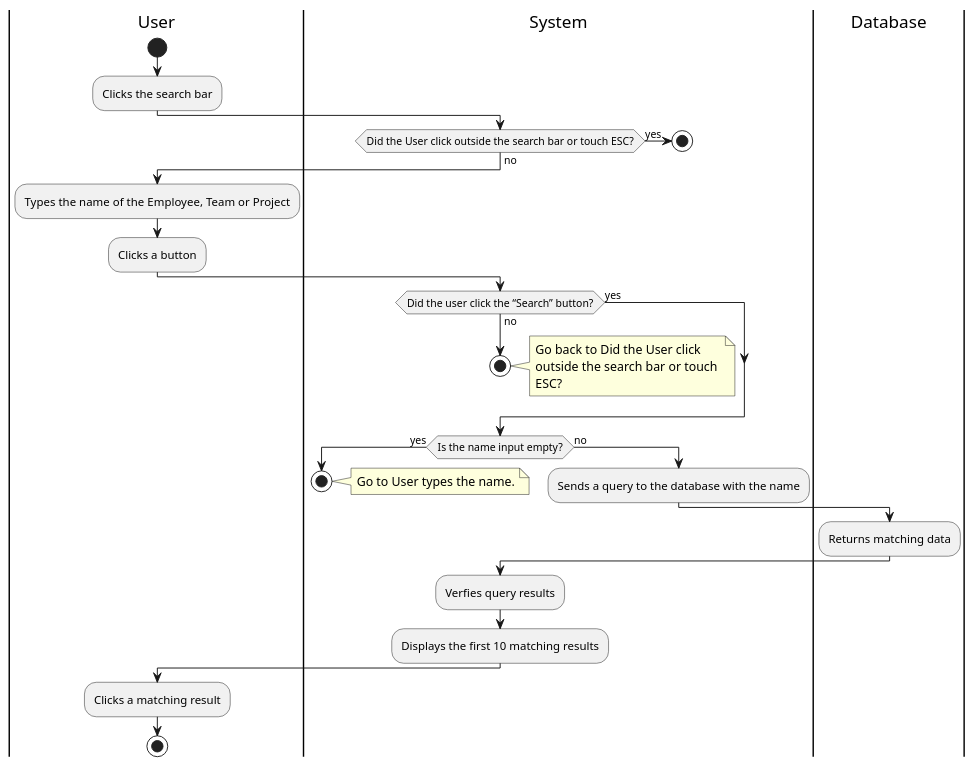
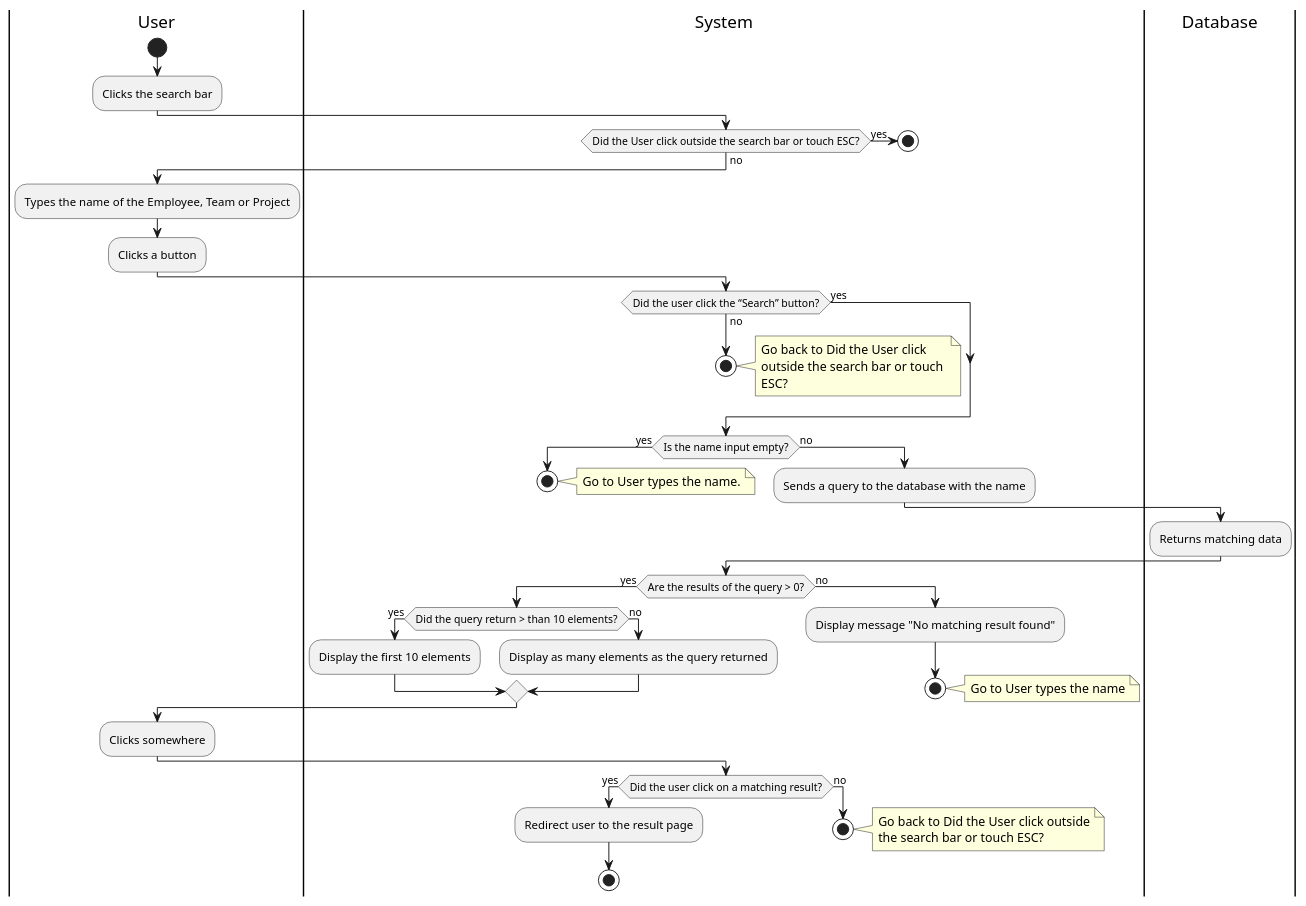
The diagram in documentation/activity_diagrams/HS-01-ActivityDiagram.puml (Berthou05/LimboSoftwareDevelopment_Change.org), drawn with PlantUML before and after one commit. The commit also changed 1 other file, not shown here.

Commit message:
[DOCS]: Correction of HS-01 and REP-01-03 Activity Diagrams.

```diff
--- a/documentation/activity_diagrams/HS-01-ActivityDiagram.puml
+++ b/documentation/activity_diagrams/HS-01-ActivityDiagram.puml
@@ -1,46 +1,69 @@
 @startuml
 
 |User|
 start
 :Clicks the search bar;
 |System|
 if(Did the User click outside the search bar or touch ESC?) is (yes) then
     stop
 else(no)
 end if
 
 |User|
 :Types the name of the Employee, Team or Project;
 :Clicks a button;
 |System|
 if(Did the user click the “Search” button?) is (yes) then
     
 else(no)
     stop
     note right
         Go back to Did the User click 
         outside the search bar or touch 
         ESC?
     end note
 end if
 |System|
 if(Is the name input empty?) is (yes) then
     stop
     note right
         Go to User types the name.
     end note
 else(no)
     |System|
     :Sends a query to the database with the name;
 end if
 |Database|
 :Returns matching data;
 |System|
-:Verfies query results;
-:Displays the first 10 matching results;
+if(Are the results of the query > 0?) is (yes) then
+    if(Did the query return > than 10 elements?) is(yes) then
+        :Display the first 10 elements;
+    else(no)
+        :Display as many elements as the query returned;    
+    end if
+else(no)
+:Display message "No matching result found";
+stop
+note right
+    Go to User types the name
+end note
+end if
+
 |User|
-:Clicks a matching result;
+:Clicks somewhere;
+
+|System|
+if(Did the user click on a matching result?) is (yes) then
+    :Redirect user to the result page;
+    stop
+else (no)
 stop
+note right
+    Go back to Did the User click outside
+    the search bar or touch ESC?
+end note
+end if
 
 
 @enduml
```
